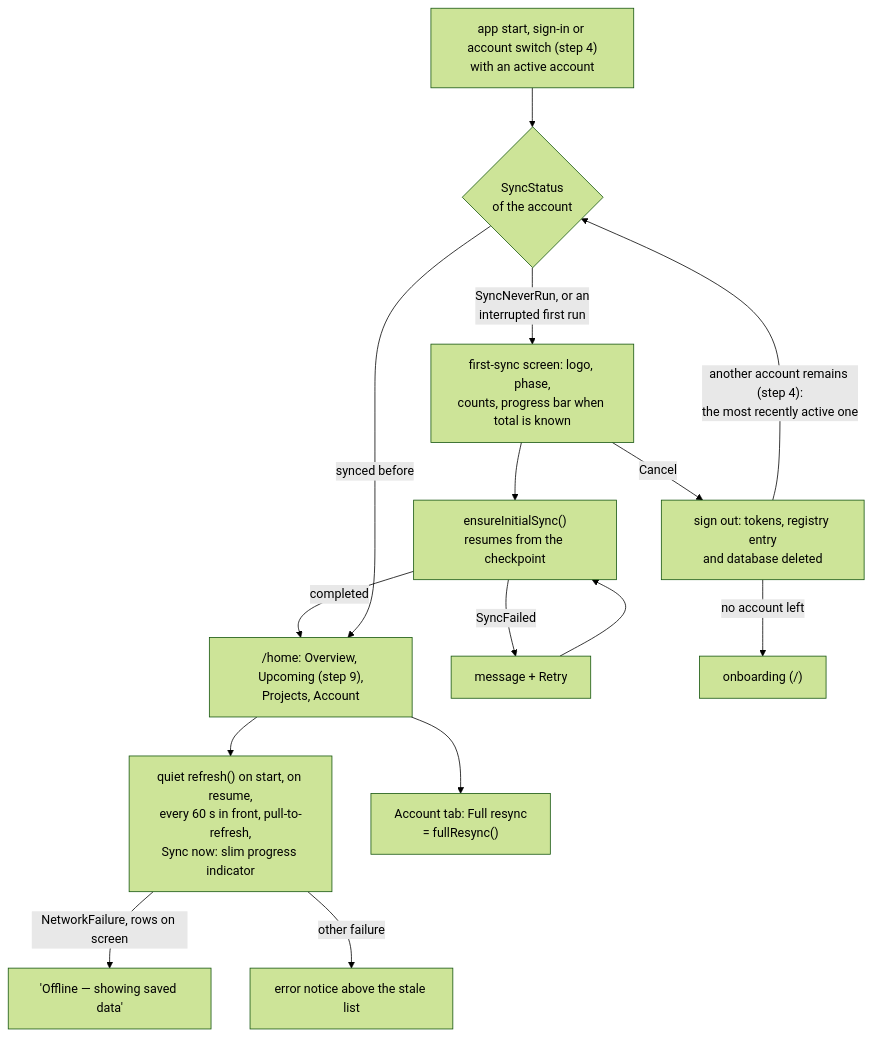
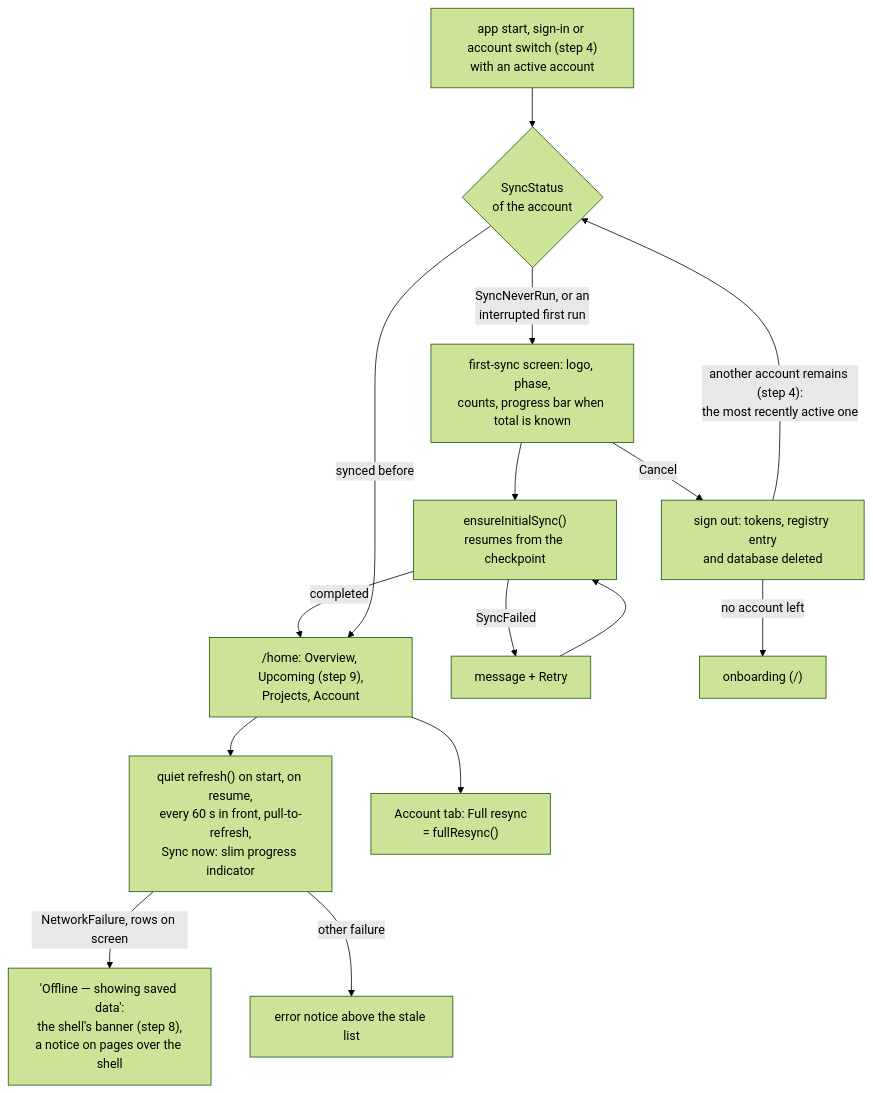
The seventh of 11 diagrams in docs/architecture.md (coderoftime/vikunja-app-ci-test), drawn with Mermaid (forest theme) before and after one commit. The commit also changed other lines of this file and 115 other files, not shown here.

First line of the commit message:
feat: shell polish, web display settings, smart lists and offline banner

````diff
--- a/docs/architecture.md
+++ b/docs/architecture.md
@@ -657,16 +665,16 @@
 ```mermaid
 flowchart TD
   START["app start, sign-in or account switch (step 4)<br/>with an active account"] --> STATE{"SyncStatus<br/>of the account"}
   STATE -- "SyncNeverRun, or an<br/>interrupted first run" --> FIRST["first-sync screen: logo, phase,<br/>counts, progress bar when total is known"]
   FIRST --> RUN["ensureInitialSync()<br/>resumes from the checkpoint"]
   RUN -- "completed" --> SHELL["/home: Overview, Upcoming (step 9),<br/>Projects, Account"]
   RUN -- "SyncFailed" --> RETRY["message + Retry"] --> RUN
   FIRST -- "Cancel" --> OUT["sign out: tokens, registry entry<br/>and database deleted"]
   OUT -- "another account remains (step 4):<br/>the most recently active one" --> STATE
   OUT -- "no account left" --> ONBOARD["onboarding (/)"]
   STATE -- "synced before" --> SHELL
   SHELL --> QUIET["quiet refresh() on start, on resume,<br/>every 60 s in front, pull-to-refresh,<br/>Sync now: slim progress indicator"]
   SHELL --> FULL["Account tab: Full resync<br/>= fullResync()"]
-  QUIET -- "NetworkFailure, rows on screen" --> NOTICE["'Offline — showing saved data'"]
+  QUIET -- "NetworkFailure, rows on screen" --> NOTICE["'Offline — showing saved data':<br/>the shell's banner (step 8),<br/>a notice on pages over the shell"]
   QUIET -- "other failure" --> ERR["error notice above the stale list"]
 ```
````
